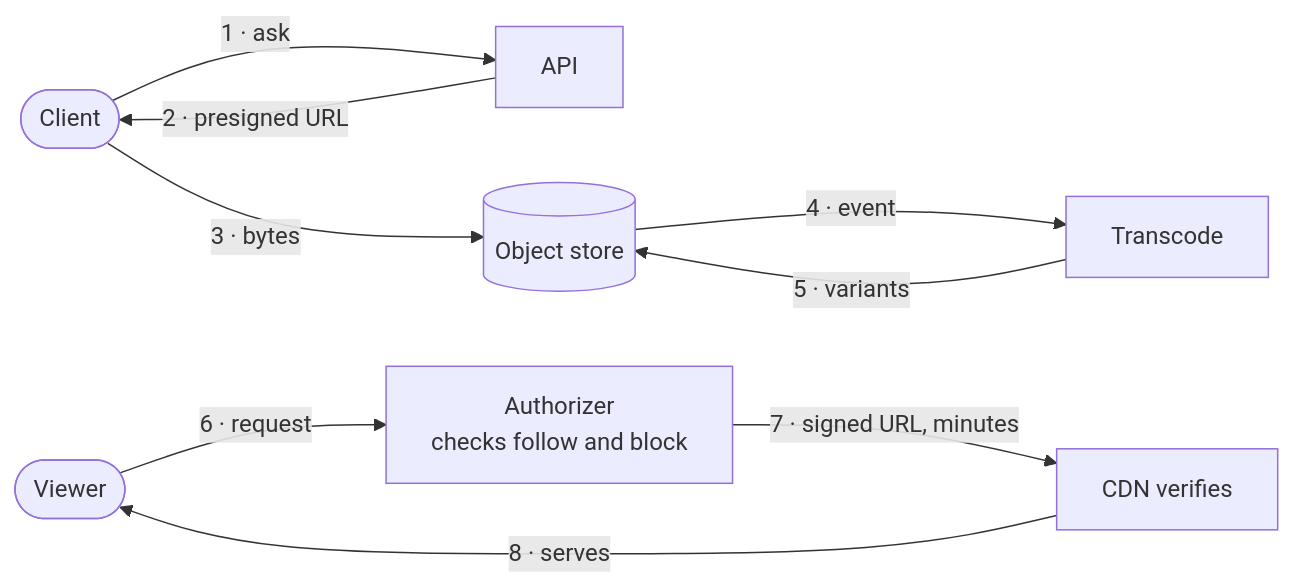
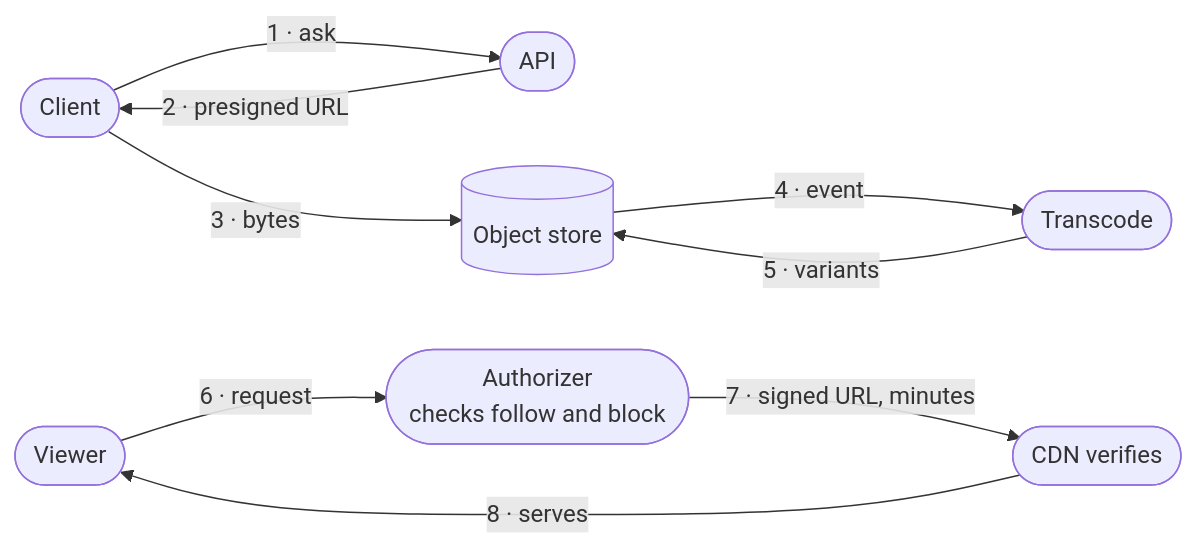
Before and after one commit to Laticent/lattice: diagram 19 of 19 in examples/system-design-foundations.md, drawn with Mermaid. The commit also changed other lines of this file and 1 other file, not shown here.

First line of the commit message:
deck(examples): act on the re-score, and finish the diagram conversion

````diff
--- a/examples/system-design-foundations.md
+++ b/examples/system-design-foundations.md
@@ -2521,11 +2521,11 @@
 ```mermaid
 flowchart LR
-  C(["Client"]) -->|"1 · ask"| API["API"]
+  C(["Client"]) -->|"1 · ask"| API(["API"])
   API -->|"2 · presigned URL"| C
   C -->|"3 · bytes"| OS[("Object store")]
-  OS -->|"4 · event"| TR["Transcode"]
+  OS -->|"4 · event"| TR(["Transcode"])
   TR -->|"5 · variants"| OS
-  V(["Viewer"]) -->|"6 · request"| AZ["Authorizer<br/>checks follow and block"]
-  AZ -->|"7 · signed URL, minutes"| CDN["CDN verifies"]
+  V(["Viewer"]) -->|"6 · request"| AZ(["Authorizer<br/>checks follow and block"])
+  AZ -->|"7 · signed URL, minutes"| CDN(["CDN verifies"])
   CDN -->|"8 · serves"| V
 ```
````
